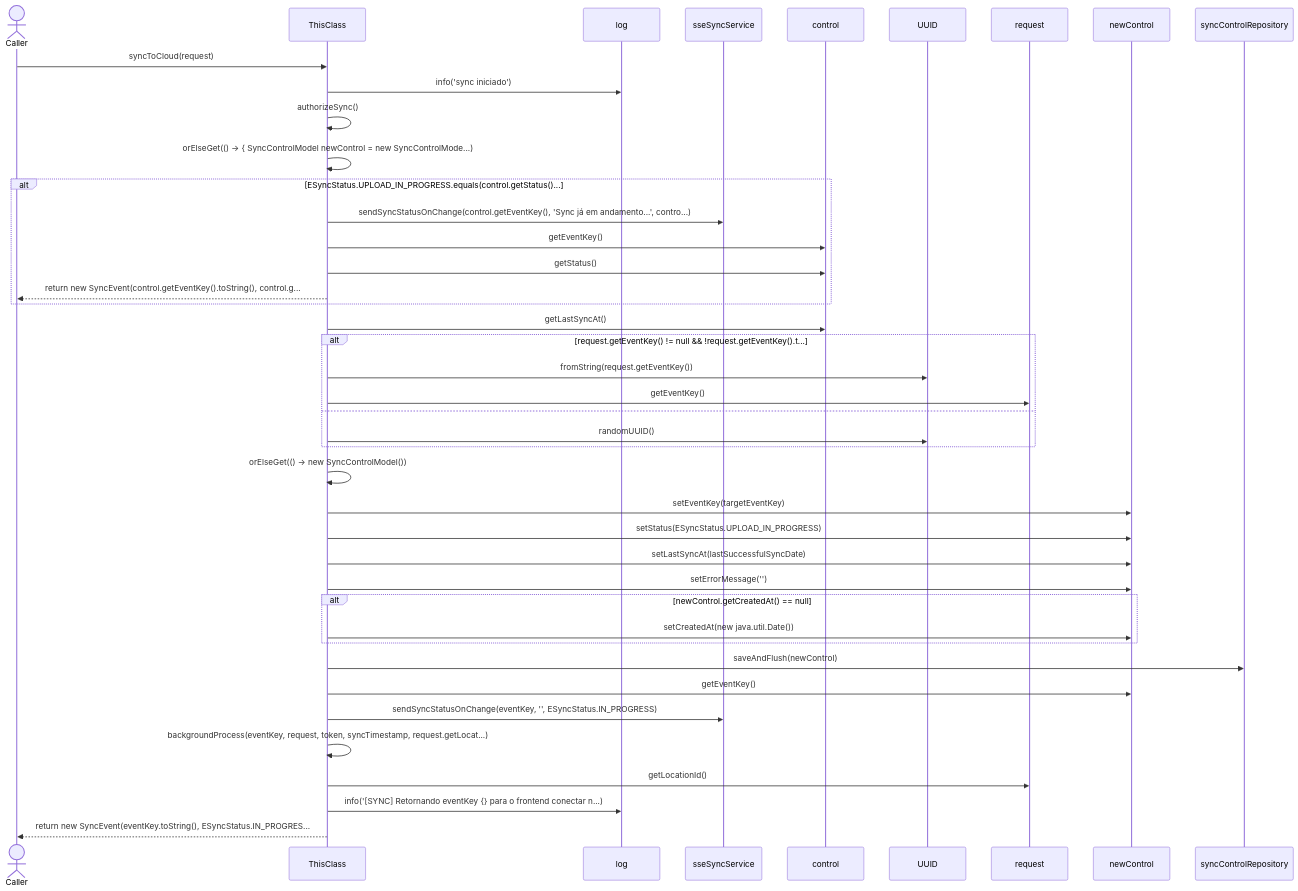
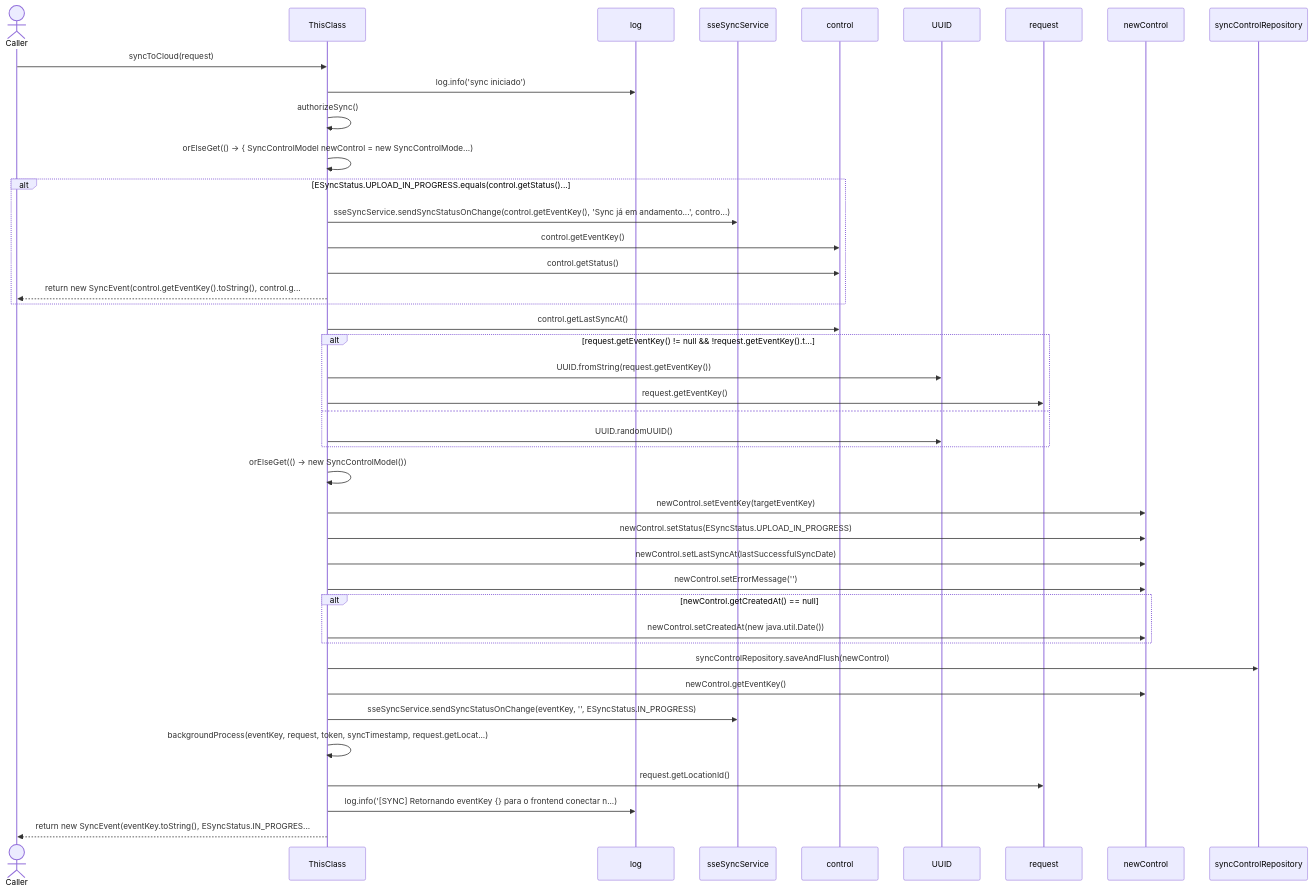
One commit to FelipeMCassiano/geanky changed the fifth of 16 diagrams in docs/CloudSyncUploadService.md. Above: the diagram before and after it, drawn with Mermaid. The commit also changed other lines of this file and 6 other files, not shown here.

````diff
--- a/docs/CloudSyncUploadService.md
+++ b/docs/CloudSyncUploadService.md
@@ -367,46 +367,46 @@
 ```mermaid
 sequenceDiagram
     actor Caller
     participant ThisClass
     participant log
     participant sseSyncService
     participant control
     participant UUID
     participant request
     participant newControl
     participant syncControlRepository
 
     Caller->>ThisClass: syncToCloud(request)
-    ThisClass->>log: info('sync iniciado')
+    ThisClass->>log: log.info('sync iniciado')
     ThisClass->>ThisClass: authorizeSync()
     ThisClass->>ThisClass: orElseGet(() -> { SyncControlModel newControl = new SyncControlMode...)
     alt ESyncStatus.UPLOAD_IN_PROGRESS.equals(control.getStatus()...
-    ThisClass->>sseSyncService: sendSyncStatusOnChange(control.getEventKey(), 'Sync já em andamento...', contro...)
-    ThisClass->>control: getEventKey()
-    ThisClass->>control: getStatus()
+    ThisClass->>sseSyncService: sseSyncService.sendSyncStatusOnChange(control.getEventKey(), 'Sync já em andamento...', contro...)
+    ThisClass->>control: control.getEventKey()
+    ThisClass->>control: control.getStatus()
     ThisClass-->>Caller: return new SyncEvent(control.getEventKey().toString(), control.g...
     end
-    ThisClass->>control: getLastSyncAt()
+    ThisClass->>control: control.getLastSyncAt()
     alt request.getEventKey() != null && !request.getEventKey().t...
-    ThisClass->>UUID: fromString(request.getEventKey())
-    ThisClass->>request: getEventKey()
+    ThisClass->>UUID: UUID.fromString(request.getEventKey())
+    ThisClass->>request: request.getEventKey()
     else
-    ThisClass->>UUID: randomUUID()
+    ThisClass->>UUID: UUID.randomUUID()
     end
     ThisClass->>ThisClass: orElseGet(() -> new SyncControlModel())
-    ThisClass->>newControl: setEventKey(targetEventKey)
-    ThisClass->>newControl: setStatus(ESyncStatus.UPLOAD_IN_PROGRESS)
-    ThisClass->>newControl: setLastSyncAt(lastSuccessfulSyncDate)
-    ThisClass->>newControl: setErrorMessage('')
+    ThisClass->>newControl: newControl.setEventKey(targetEventKey)
+    ThisClass->>newControl: newControl.setStatus(ESyncStatus.UPLOAD_IN_PROGRESS)
+    ThisClass->>newControl: newControl.setLastSyncAt(lastSuccessfulSyncDate)
+    ThisClass->>newControl: newControl.setErrorMessage('')
     alt newControl.getCreatedAt() == null
-    ThisClass->>newControl: setCreatedAt(new java.util.Date())
+    ThisClass->>newControl: newControl.setCreatedAt(new java.util.Date())
     end
-    ThisClass->>syncControlRepository: saveAndFlush(newControl)
-    ThisClass->>newControl: getEventKey()
-    ThisClass->>sseSyncService: sendSyncStatusOnChange(eventKey, '', ESyncStatus.IN_PROGRESS)
+    ThisClass->>syncControlRepository: syncControlRepository.saveAndFlush(newControl)
+    ThisClass->>newControl: newControl.getEventKey()
+    ThisClass->>sseSyncService: sseSyncService.sendSyncStatusOnChange(eventKey, '', ESyncStatus.IN_PROGRESS)
     ThisClass->>ThisClass: backgroundProcess(eventKey, request, token, syncTimestamp, request.getLocat...)
-    ThisClass->>request: getLocationId()
-    ThisClass->>log: info('[SYNC] Retornando eventKey {} para o frontend conectar n...)
+    ThisClass->>request: request.getLocationId()
+    ThisClass->>log: log.info('[SYNC] Retornando eventKey {} para o frontend conectar n...)
     ThisClass-->>Caller: return new SyncEvent(eventKey.toString(), ESyncStatus.IN_PROGRES...
 
 ```
````
